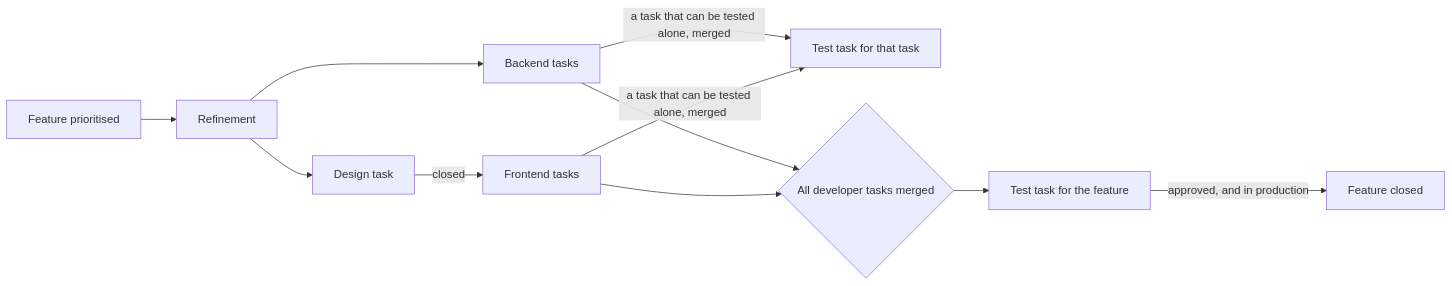
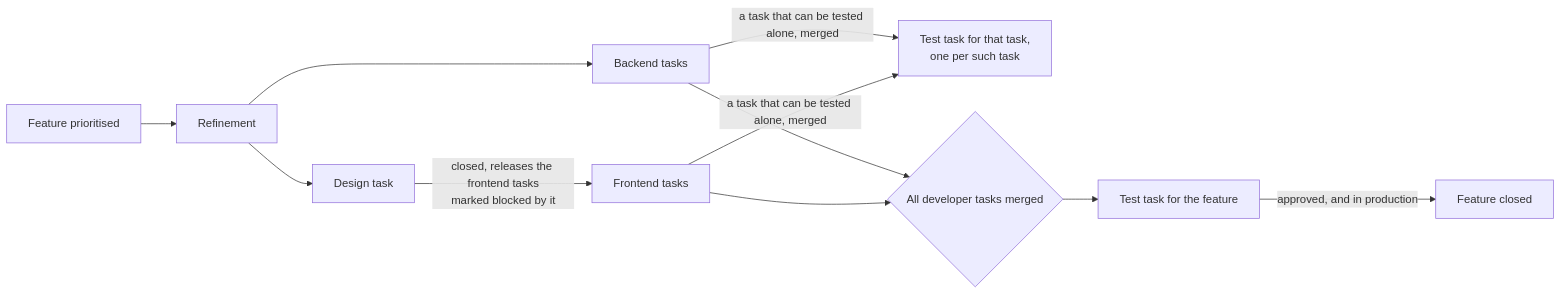
One commit to Altinn/altinn-auth changed the first of 2 diagrams in docs/process/how-we-work.md. Above: the diagram before and after it, drawn with Mermaid. The commit also changed other lines of this file and 4 other files, not shown here.

Commit message:
review round two: bugs view, Backlog and Ready defined once, iteration for mid-iteration issues, horizon precedence, per-task test node; ADR-0004 left unedited while Proposed

````diff
--- a/docs/process/how-we-work.md
+++ b/docs/process/how-we-work.md
@@ -55,13 +55,13 @@
 ```mermaid
 flowchart LR
     P["Feature prioritised"] --> R["Refinement"]
     R --> D["Design task"]
     R --> B["Backend tasks"]
-    D -->|closed| FE["Frontend tasks"]
-    B -->|a task that can be tested alone, merged| T1["Test task for that task"]
+    D -->|closed, releases the frontend tasks<br/>marked blocked by it| FE["Frontend tasks"]
+    B -->|a task that can be tested alone, merged| T1["Test task for that task,<br/>one per such task"]
     FE -->|a task that can be tested alone, merged| T1
     B --> A{"All developer tasks merged"}
     FE --> A
     A --> T["Test task for the feature"]
     T -->|approved, and in production| F["Feature closed"]
 ```
````
